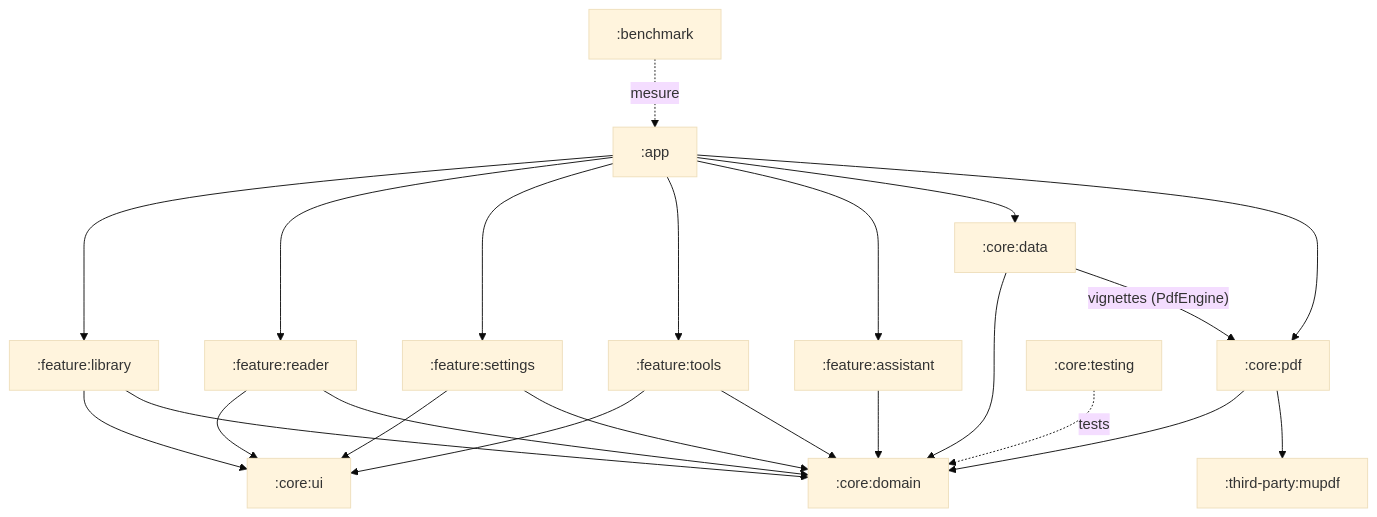
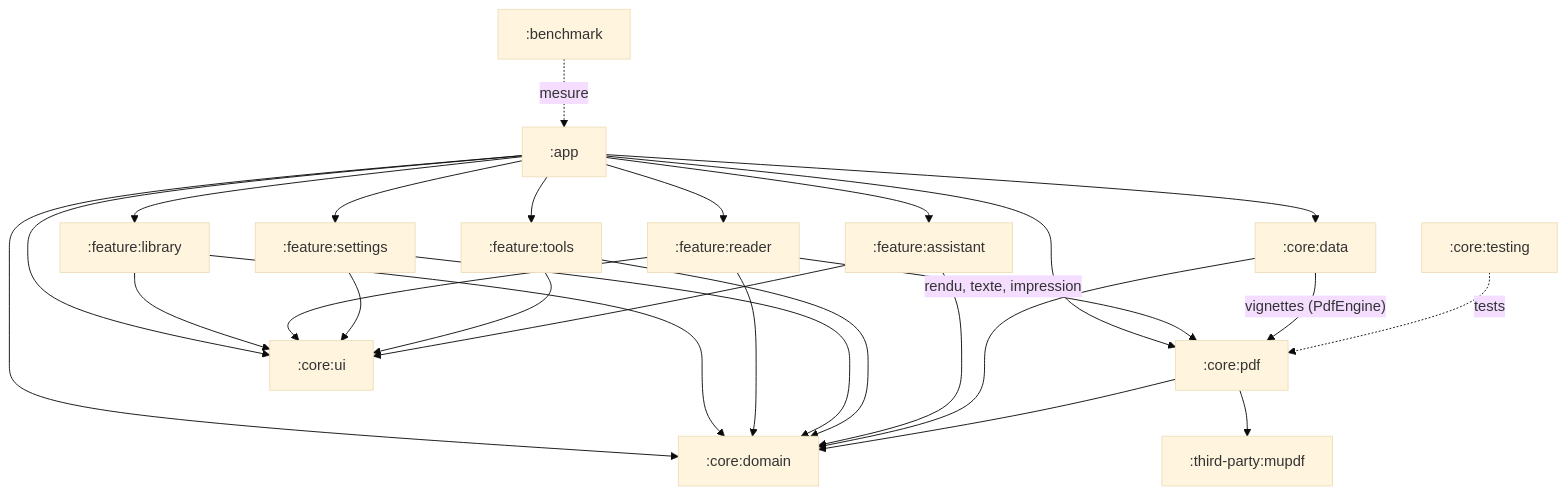
The first of 9 diagrams in docs/architecture.md (myxomatom/LutrinPDF), drawn with Mermaid (base theme) before and after one commit. The commit also changed other lines of this file and 6 other files, not shown here.

````diff
--- a/docs/architecture.md
+++ b/docs/architecture.md
@@ -36,21 +37,24 @@
 ```mermaid
 flowchart TD
     app[":app"] --> fl[":feature:library"]
     app --> fr[":feature:reader"]
     app --> fs[":feature:settings"]
     app --> ft[":feature:tools"]
     app --> fa[":feature:assistant"]
     app --> data[":core:data"]
     app --> pdf[":core:pdf"]
+    app --> ui
+    app --> domain
 
-    fl & fr & fs & ft --> ui[":core:ui"]
+    fl & fr & fs & ft & fa --> ui[":core:ui"]
     fl & fr & fs & ft & fa --> domain[":core:domain"]
+    fr -->|"rendu, texte, impression"| pdf
 
     data --> domain
     data -->|"vignettes (PdfEngine)"| pdf
     pdf --> domain
     pdf --> mupdf[":third-party:mupdf"]
 
-    testing[":core:testing"] -.tests.-> domain
+    testing[":core:testing"] -.tests.-> pdf
     bench[":benchmark"] -.mesure.-> app
 ```
````
